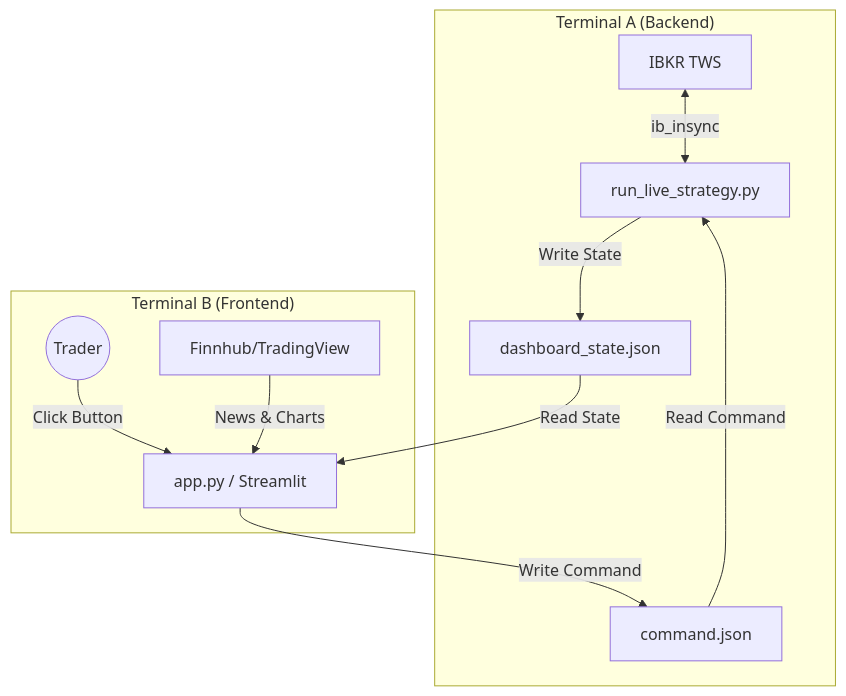
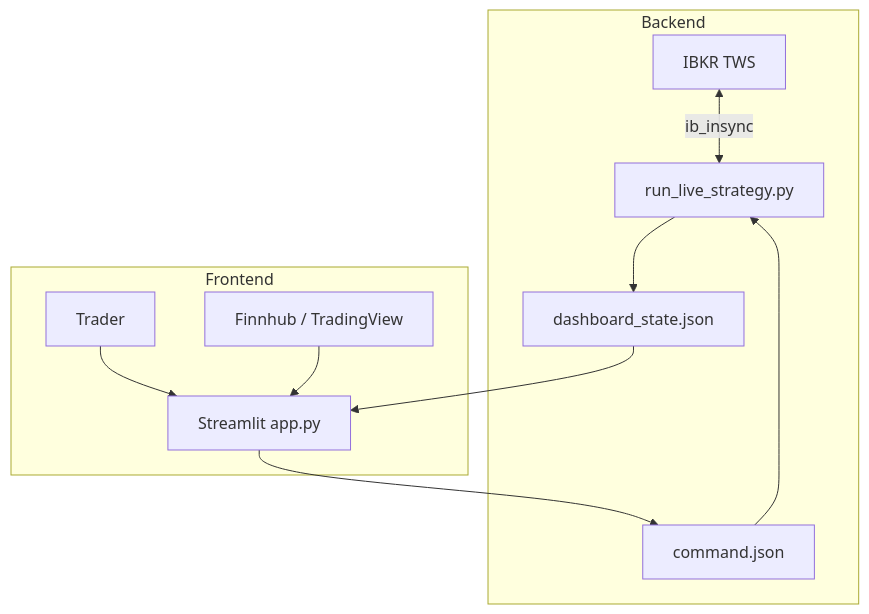
Before and after one commit to ericwang0321/Multi-Factor-Backtester: the second of 4 diagrams in README.md, drawn with Mermaid. The commit also changed other lines of this file and 1 other file, not shown here.

````diff
--- a/README.md
+++ b/README.md
@@ -84,16 +149,15 @@
 ```mermaid
 graph TD
-    subgraph "Terminal A (Backend)"
+    subgraph Backend
         TWS[IBKR TWS] <-->|ib_insync| Worker[run_live_strategy.py]
-        Worker -->|Write State| JSON[dashboard_state.json]
-        CMD[command.json] -->|Read Command| Worker
+        Worker --> State[dashboard_state.json]
+        Command[command.json] --> Worker
     end
 
-    subgraph "Terminal B (Frontend)"
-        JSON -->|Read State| App[app.py / Streamlit]
-        User((Trader)) -->|Click Button| App
-        App -->|Write Command| CMD
-        External[Finnhub/TradingView] -->|News & Charts| App
+    subgraph Frontend
+        State --> UI[Streamlit app.py]
+        Trader --> UI
+        UI --> Command
+        External[Finnhub / TradingView] --> UI
     end
-
 ```
````
